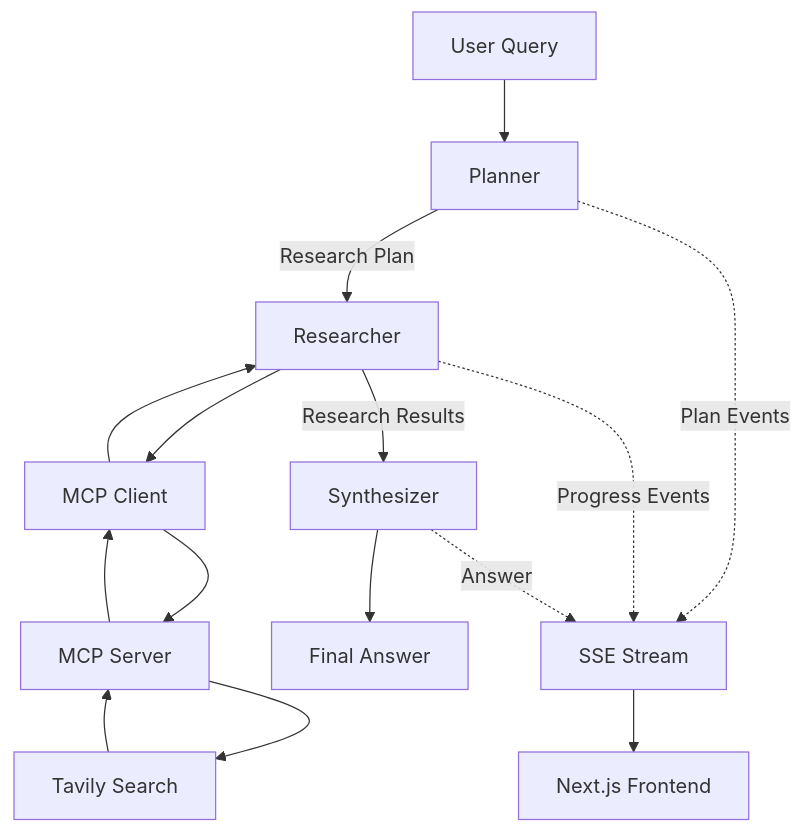
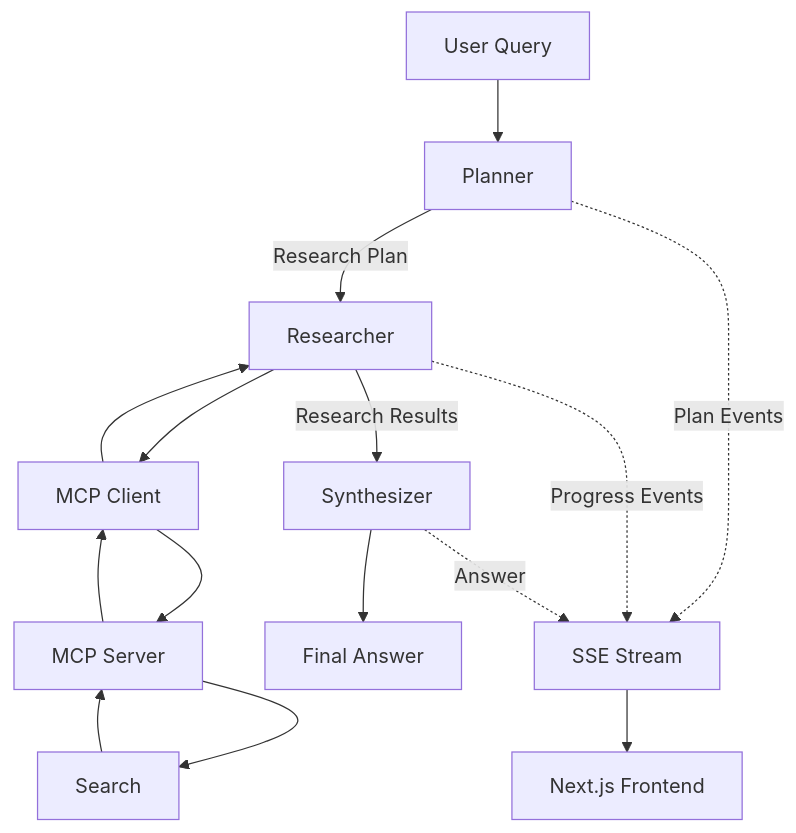
Before and after one commit to kaze1-dev/research-agent: the diagram in README.md, drawn with Mermaid. The commit also changed other lines of this file, not shown here.

````diff
--- a/README.md
+++ b/README.md
@@ -15,22 +15,22 @@
 ```mermaid
 flowchart TD
     A[User Query] --> B[Planner]
 
     B -->|Research Plan| C[Researcher]
 
     C --> D[MCP Client]
     D --> E[MCP Server]
-    E --> F[Tavily Search]
+    E --> F[Search]
     F --> E
     E --> D
     D --> C
 
     C -->|Research Results| G[Synthesizer]
     G --> H[Final Answer]
 
     B -.->|Plan Events| I[SSE Stream]
     C -.->|Progress Events| I
     G -.->|Answer| I
 
     I --> J[Next.js Frontend]
 ```
````
